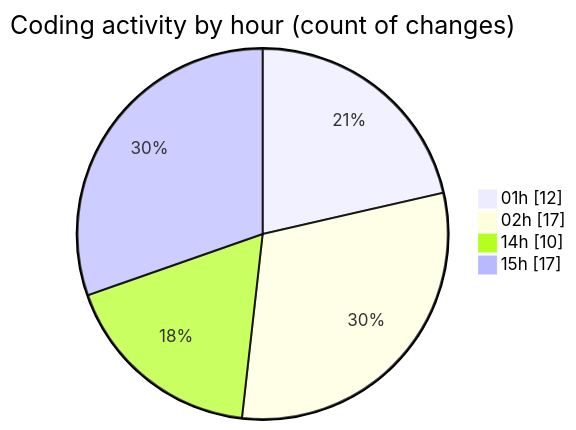
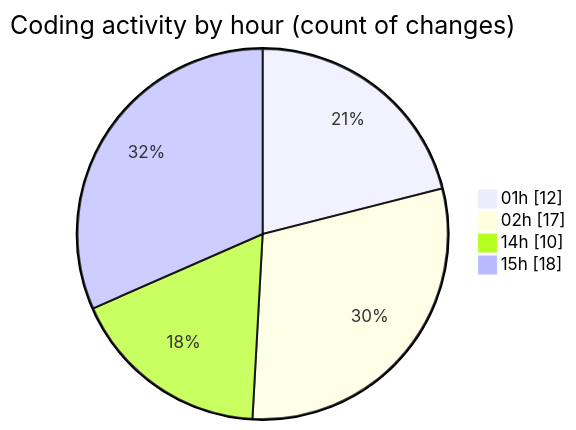
The second of 2 diagrams in 2025-11-16/eventscop-frontend-guide__workspace_/README.md (julien-gomy/code-tracking), drawn with Mermaid before and after one commit. The commit also changed other lines of this file and 1 other file, not shown here.

````diff
--- a/2025-11-16/eventscop-frontend-guide__workspace_/README.md
+++ b/2025-11-16/eventscop-frontend-guide__workspace_/README.md
@@ -44,8 +44,8 @@
 ```mermaid
 pie showData
 title Coding activity by hour (count of changes)
 "01h" : 12
 "02h" : 17
 "14h" : 10
-"15h" : 17
+"15h" : 18
 ```
````
